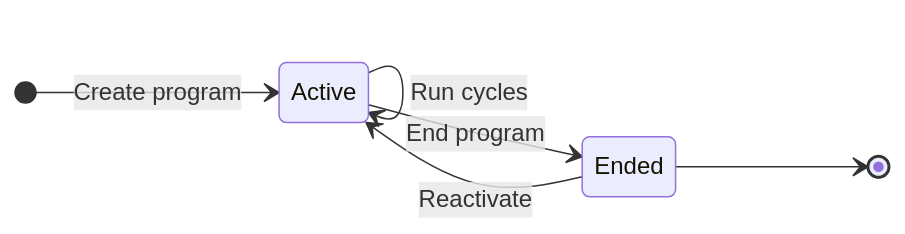
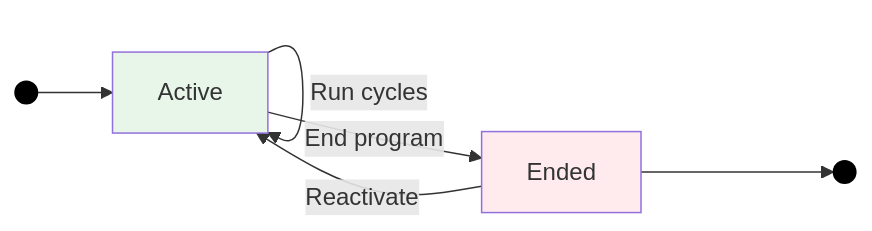
The second of 4 diagrams in docs/learn/concepts/programs.md (OpenSPP/documentation), drawn with Mermaid before and after one commit. The commit also changed other lines of this file, not shown here.

First line of the commit message:
fix: convert state diagrams to flowcharts for better rendering

````diff
--- a/docs/learn/concepts/programs.md
+++ b/docs/learn/concepts/programs.md
@@ -94,9 +94,13 @@
 ```{mermaid}
-stateDiagram-v2
-    direction LR
-    [*] --> Active: Create program
-    Active --> Active: Run cycles
-    Active --> Ended: End program
-    Ended --> Active: Reactivate
-    Ended --> [*]
+graph LR
+    Start(( )) --> Active
+    Active -->|Run cycles| Active
+    Active -->|End program| Ended
+    Ended -->|Reactivate| Active
+    Ended --> Stop(( ))
+
+    style Start fill:#000,stroke:#000
+    style Stop fill:#000,stroke:#000
+    style Active fill:#e8f5e9
+    style Ended fill:#ffebee
 ```
````
